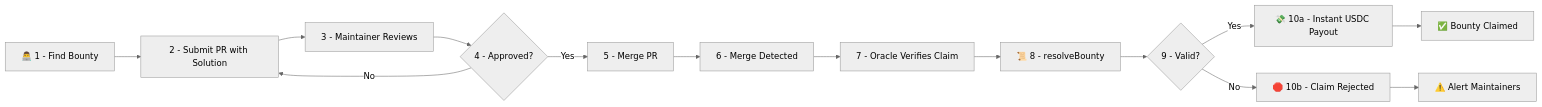
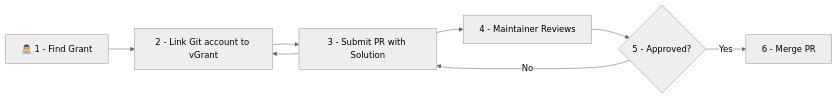
One commit to b3ww/ethglobal changed the third of 4 diagrams in README.md. Above: the diagram before and after it, drawn with Mermaid (neutral theme). The commit also changed other lines of this file and 1 other file, not shown here.

````diff
--- a/README.md
+++ b/README.md
@@ -84,16 +85,9 @@
 ```mermaid
 flowchart LR
-    A[👨‍💻 1 - Find Bounty] --> B[2 - Submit PR with Solution]
-    B --> C[3 - Maintainer Reviews]
-    C --> D{4 - Approved?}
-    D -->|Yes| E[5 - Merge PR]
+    A[👨‍💻 1 - Find Grant] --> R
+    B[3 - Submit PR with Solution] -->R[2 - Link Git account to vGrant] --> B
+    B --> C[4 - Maintainer Reviews]
+    C --> D{5 - Approved?}
+    D -->|Yes| E[6 - Merge PR]
     D -->|No| B
-    E --> F[6 - Merge Detected]
-    F --> G[7 - Oracle Verifies Claim]
-    G --> H[📜 8 - resolveBounty]
-    H --> I{9 - Valid?}
-    I -->|Yes| J[💸 10a - Instant USDC Payout]
-    I -->|No| K[🛑 10b - Claim Rejected]
-    J --> L[✅ Bounty Claimed]
-    K --> M[⚠️ Alert Maintainers]
 ```
````
